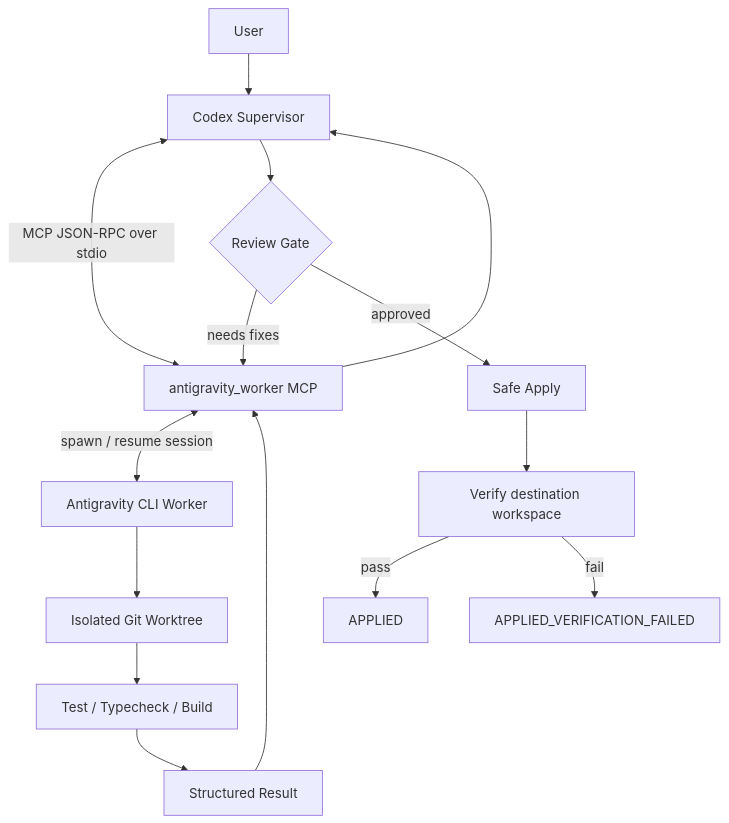
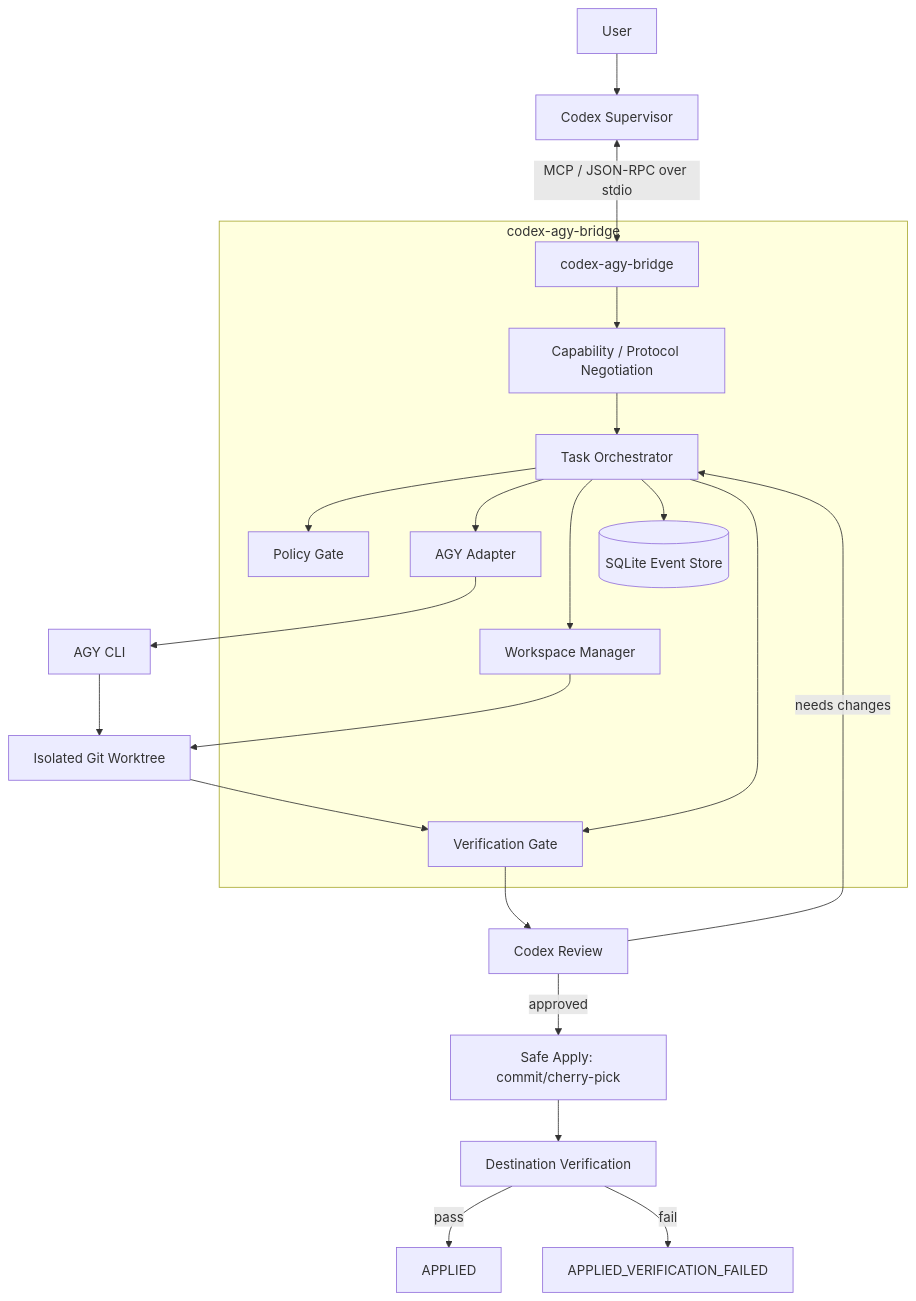
Before and after one commit to hanguyentqlx/codex_agy: the diagram in README.md, drawn with Mermaid. The commit also changed other lines of this file and 10 other files, not shown here.

First line of the commit message:
docs: optimize Codex ↔ AGY architecture v2

````diff
--- a/README.md
+++ b/README.md
@@ -17,19 +18,26 @@
 ```mermaid
 flowchart TD
     U[User] --> C[Codex Supervisor]
-    C <-->|MCP JSON-RPC over stdio| M[antigravity_worker MCP]
-    M <-->|spawn / resume session| A[Antigravity CLI Worker]
+    C <-->|MCP / JSON-RPC over stdio| B[codex-agy-bridge]
 
-    A --> W[Isolated Git Worktree]
-    W --> T[Test / Typecheck / Build]
-    T --> R[Structured Result]
-    R --> M
-    M --> C
+    subgraph BRIDGE[codex-agy-bridge]
+      B --> N[Capability / Protocol Negotiation]
+      N --> O[Task Orchestrator]
+      O --> P[Policy Gate]
+      O --> A[AGY Adapter]
+      O --> W[Workspace Manager]
+      O --> E[(SQLite Event Store)]
+      O --> V[Verification Gate]
+    end
 
-    C --> G{Review Gate}
-    G -->|needs fixes| M
-    G -->|approved| S[Safe Apply]
-    S --> V[Verify destination workspace]
-    V -->|pass| P[APPLIED]
-    V -->|fail| F[APPLIED_VERIFICATION_FAILED]
+    A --> G[AGY CLI]
+    W --> WT[Isolated Git Worktree]
+    G --> WT
+    WT --> V
+    V --> R[Codex Review]
+    R -->|needs changes| O
+    R -->|approved| S[Safe Apply: commit/cherry-pick]
+    S --> DV[Destination Verification]
+    DV -->|pass| AP[APPLIED]
+    DV -->|fail| AF[APPLIED_VERIFICATION_FAILED]
 ```
````
